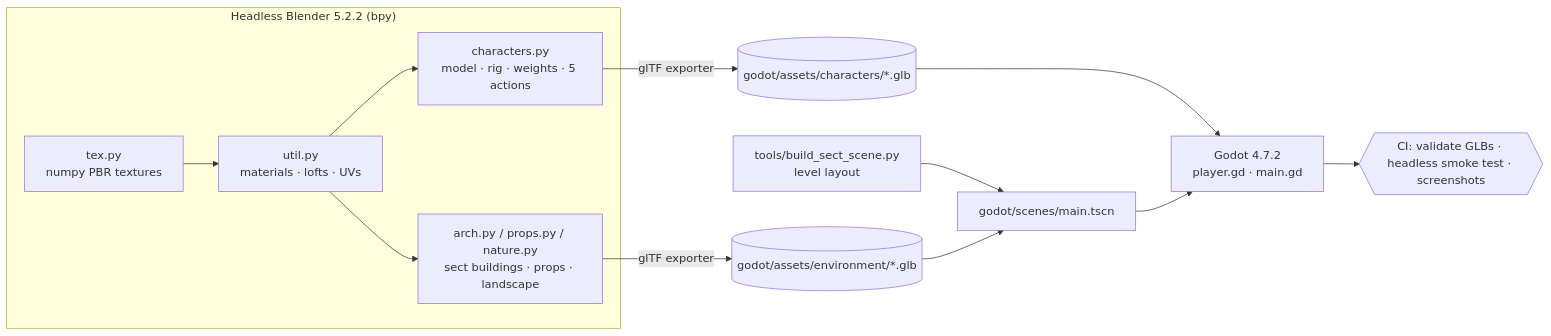
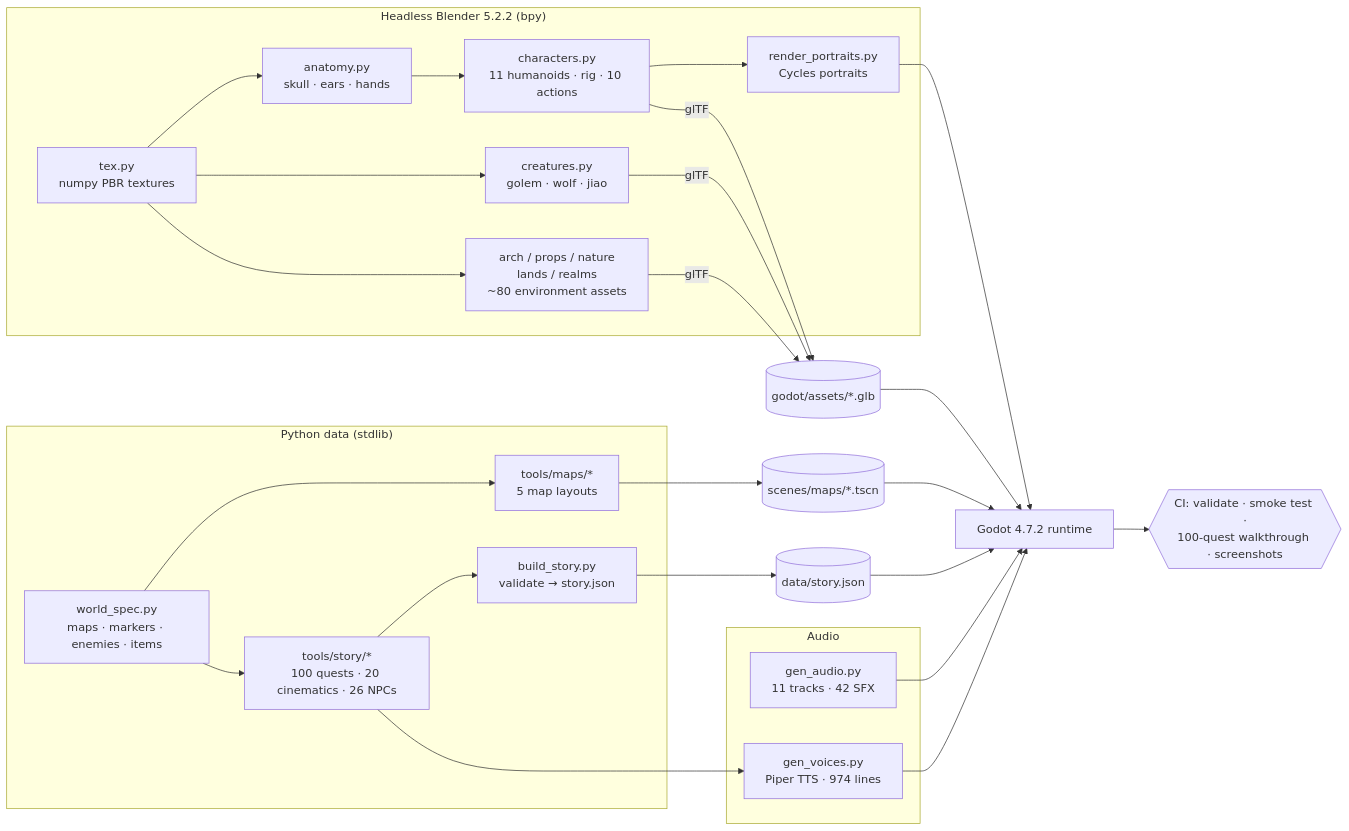
The second of 3 diagrams in README.md (jgyy/vnxianxia), drawn with Mermaid before and after one commit. The commit also changed other lines of this file and 2365 other files, not shown here.

First line of the commit message:
100-quest main story with realistic characters, 5 maps, voiced cinematics and a full game runtime (#2)

````diff
--- a/README.md
+++ b/README.md
@@ -37,14 +89,25 @@
 ```mermaid
 flowchart LR
     subgraph Blender["Headless Blender 5.2.2 (bpy)"]
-        T[tex.py<br/>numpy PBR textures] --> M[util.py<br/>materials · lofts · UVs]
-        M --> C[characters.py<br/>model · rig · weights · 5 actions]
-        M --> A[arch.py / props.py / nature.py<br/>sect buildings · props · landscape]
+        T[tex.py<br/>numpy PBR textures] --> AN[anatomy.py<br/>skull · ears · hands]
+        AN --> CH[characters.py<br/>11 humanoids · rig · 10 actions]
+        T --> CR[creatures.py<br/>golem · wolf · jiao]
+        T --> EN[arch / props / nature<br/>lands / realms<br/>~80 environment assets]
+        CH --> PR[render_portraits.py<br/>Cycles portraits]
     end
-    C -->|glTF exporter| G1[(godot/assets/characters/*.glb)]
-    A -->|glTF exporter| G2[(godot/assets/environment/*.glb)]
-    L[tools/build_sect_scene.py<br/>level layout] --> S[godot/scenes/main.tscn]
-    G1 --> P[Godot 4.7.2<br/>player.gd · main.gd]
-    G2 --> S --> P
-    P --> Q{{CI: validate GLBs · headless smoke test · screenshots}}
+    subgraph Data["Python data (stdlib)"]
+        WS[world_spec.py<br/>maps · markers · enemies · items] --> MAPS[tools/maps/*<br/>5 map layouts]
+        WS --> ST[tools/story/*<br/>100 quests · 20 cinematics · 26 NPCs]
+        ST --> BS[build_story.py<br/>validate → story.json]
+    end
+    subgraph Audio["Audio"]
+        GA[gen_audio.py<br/>11 tracks · 42 SFX] 
+        GV[gen_voices.py<br/>Piper TTS · 974 lines]
+    end
+    CH & CR & EN -->|glTF| G[(godot/assets/*.glb)]
+    MAPS --> SC[(scenes/maps/*.tscn)]
+    BS --> SJ[(data/story.json)]
+    ST --> GV
+    G & SC & SJ & PR & GA & GV --> RT[Godot 4.7.2 runtime]
+    RT --> CI{{CI: validate · smoke test ·<br/>100-quest walkthrough · screenshots}}
 ```
````
